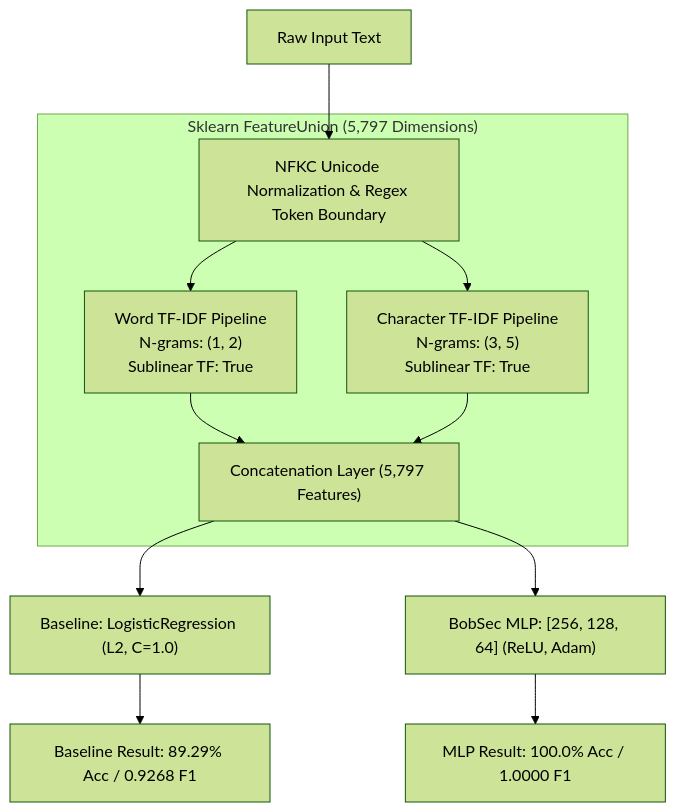
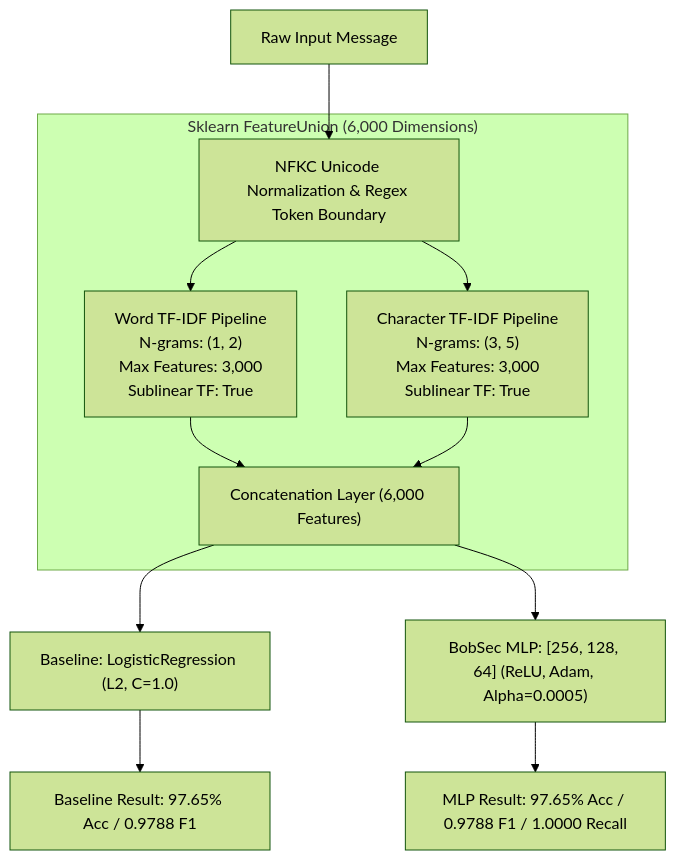
One commit to hamsinikommunuri/bobsec-platform changed the diagram in docs/neural-network/TRAINING.md. Above: the diagram before and after it, drawn with Mermaid (forest theme). The commit also changed other lines of this file and 60 other files, not shown here.

````diff
--- a/docs/neural-network/TRAINING.md
+++ b/docs/neural-network/TRAINING.md
@@ -26,17 +26,17 @@
 ```mermaid
 graph TD
-    Raw["Raw Input Text"] --> NFKC["NFKC Unicode Normalization & Regex Token Boundary"]
+    Raw["Raw Input Message"] --> NFKC["NFKC Unicode Normalization & Regex Token Boundary"]
     
-    subgraph FeaturePipeline["Sklearn FeatureUnion (5,797 Dimensions)"]
-        NFKC --> WordTF["Word TF-IDF Pipeline<br/>N-grams: (1, 2)<br/>Sublinear TF: True"]
-        NFKC --> CharTF["Character TF-IDF Pipeline<br/>N-grams: (3, 5)<br/>Sublinear TF: True"]
-        WordTF --> Concat["Concatenation Layer (5,797 Features)"]
+    subgraph FeaturePipeline["Sklearn FeatureUnion (6,000 Dimensions)"]
+        NFKC --> WordTF["Word TF-IDF Pipeline<br/>N-grams: (1, 2)<br/>Max Features: 3,000<br/>Sublinear TF: True"]
+        NFKC --> CharTF["Character TF-IDF Pipeline<br/>N-grams: (3, 5)<br/>Max Features: 3,000<br/>Sublinear TF: True"]
+        WordTF --> Concat["Concatenation Layer (6,000 Features)"]
         CharTF --> Concat
     end
     
     Concat --> BaselineLR["Baseline: LogisticRegression (L2, C=1.0)"]
-    Concat --> CustomMLP["BobSec MLP: [256, 128, 64] (ReLU, Adam)"]
+    Concat --> CustomMLP["BobSec MLP: [256, 128, 64] (ReLU, Adam, Alpha=0.0005)"]
     
-    BaselineLR --> OutputLR["Baseline Result: 89.29% Acc / 0.9268 F1"]
-    CustomMLP --> OutputMLP["MLP Result: 100.0% Acc / 1.0000 F1"]
+    BaselineLR --> OutputLR["Baseline Result: 97.65% Acc / 0.9788 F1"]
+    CustomMLP --> OutputMLP["MLP Result: 97.65% Acc / 0.9788 F1 / 1.0000 Recall"]
 ```
````
